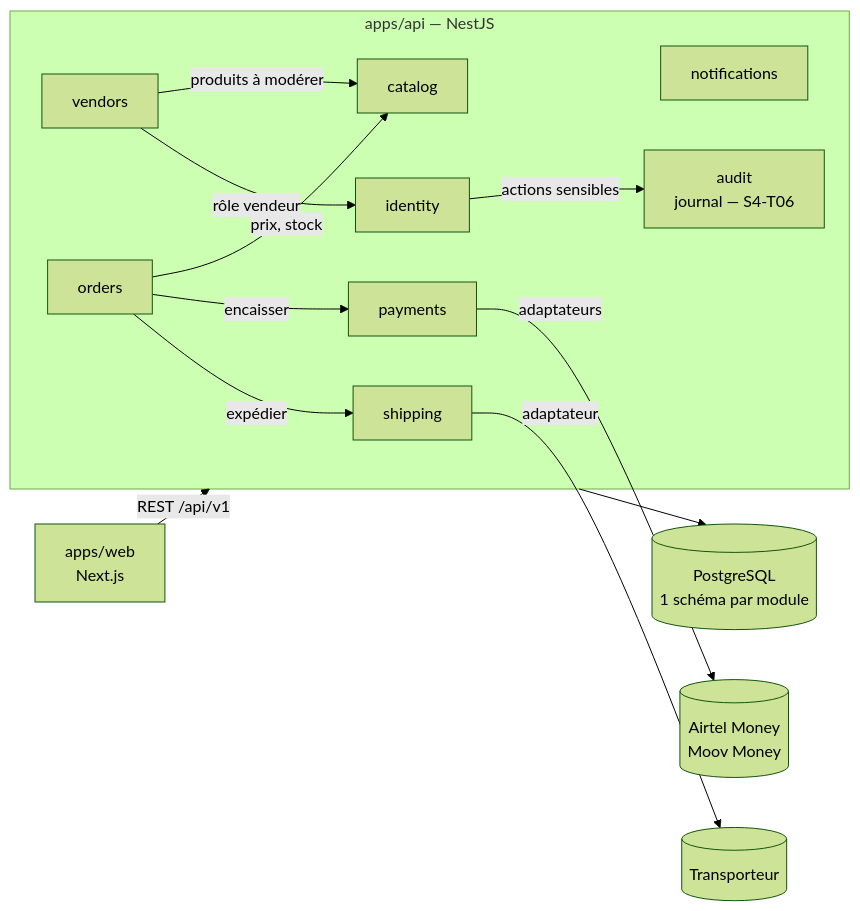
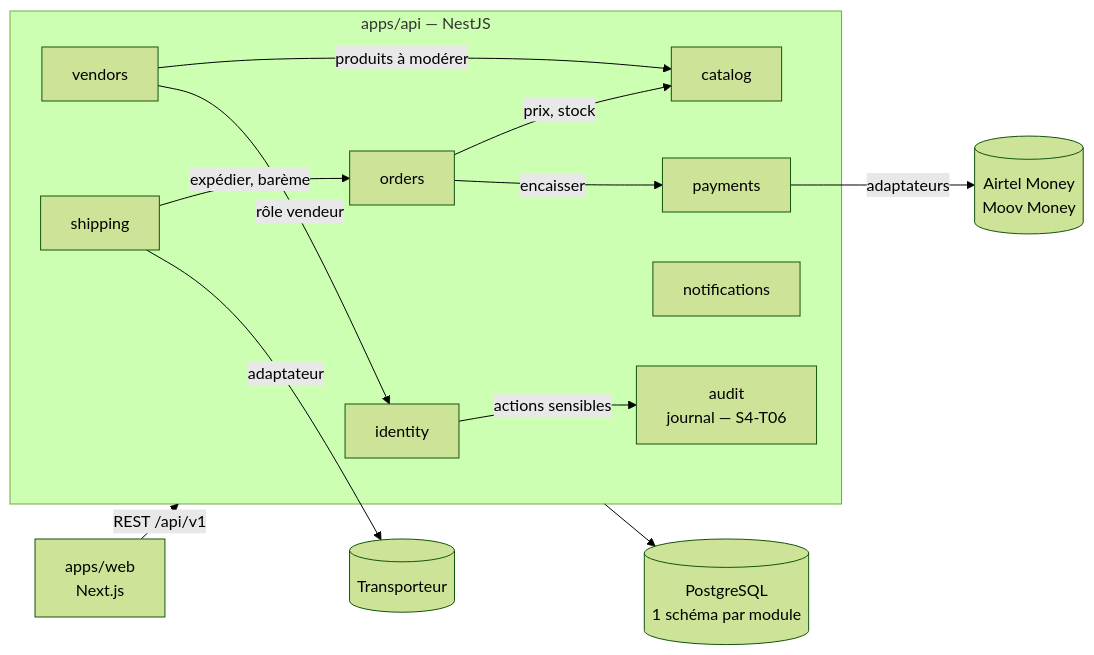
The third of 21 diagrams in docs/architecture/cahier-architecture.md (levy-kombila/kemdia), drawn with Mermaid (forest theme) before and after one commit. The commit also changed other lines of this file and 7 other files, not shown here.

````diff
--- a/docs/architecture/cahier-architecture.md
+++ b/docs/architecture/cahier-architecture.md
@@ -191,23 +192,23 @@
 ```mermaid
 flowchart LR
     web[apps/web<br/>Next.js] -->|REST /api/v1| api
     subgraph api[apps/api — NestJS]
       identity[identity]
       catalog[catalog]
       vendors[vendors]
       orders[orders]
       payments[payments]
       shipping[shipping]
       notif[notifications]
       audit[audit<br/>journal — S4-T06]
     end
     identity -->|actions sensibles| audit
     orders -->|prix, stock| catalog
     orders -->|encaisser| payments
-    orders -->|expédier| shipping
+    shipping -->|expédier, barème| orders
     vendors -->|produits à modérer| catalog
     vendors -->|rôle vendeur| identity
     payments -->|adaptateurs| mm[(Airtel Money<br/>Moov Money)]
     shipping -->|adaptateur| tr[(Transporteur)]
     api --> db[(PostgreSQL<br/>1 schéma par module)]
 ```
````
